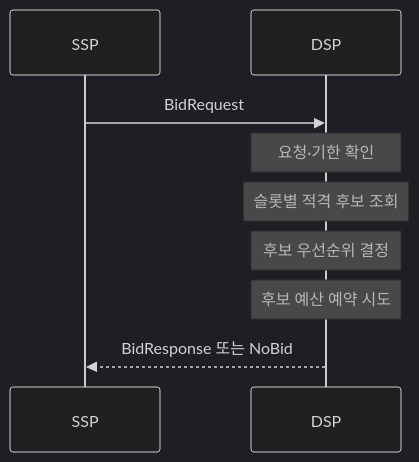
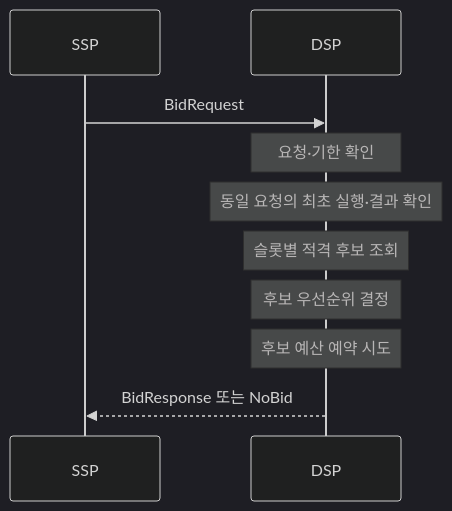
One commit to bbororo5/OpenRTB-Ads-auction changed the second of 3 diagrams in docs/architecture/views/dsp-collaboration.md. Above: the diagram before and after it, drawn with Mermaid (dark theme). The commit also changed other lines of this file and 2 other files, not shown here.

Commit message:
docs: assign DSP bid idempotency ownership

````diff
--- a/docs/architecture/views/dsp-collaboration.md
+++ b/docs/architecture/views/dsp-collaboration.md
@@ -69,12 +69,13 @@
 ```mermaid
 sequenceDiagram
     participant SSP
     participant DSP
 
     SSP->>DSP: BidRequest
     Note over DSP: 요청·기한 확인
+    Note over DSP: 동일 요청의 최초 실행·결과 확인
     Note over DSP: 슬롯별 적격 후보 조회
     Note over DSP: 후보 우선순위 결정
     Note over DSP: 후보 예산 예약 시도
     DSP-->>SSP: BidResponse 또는 NoBid
 ```
````
